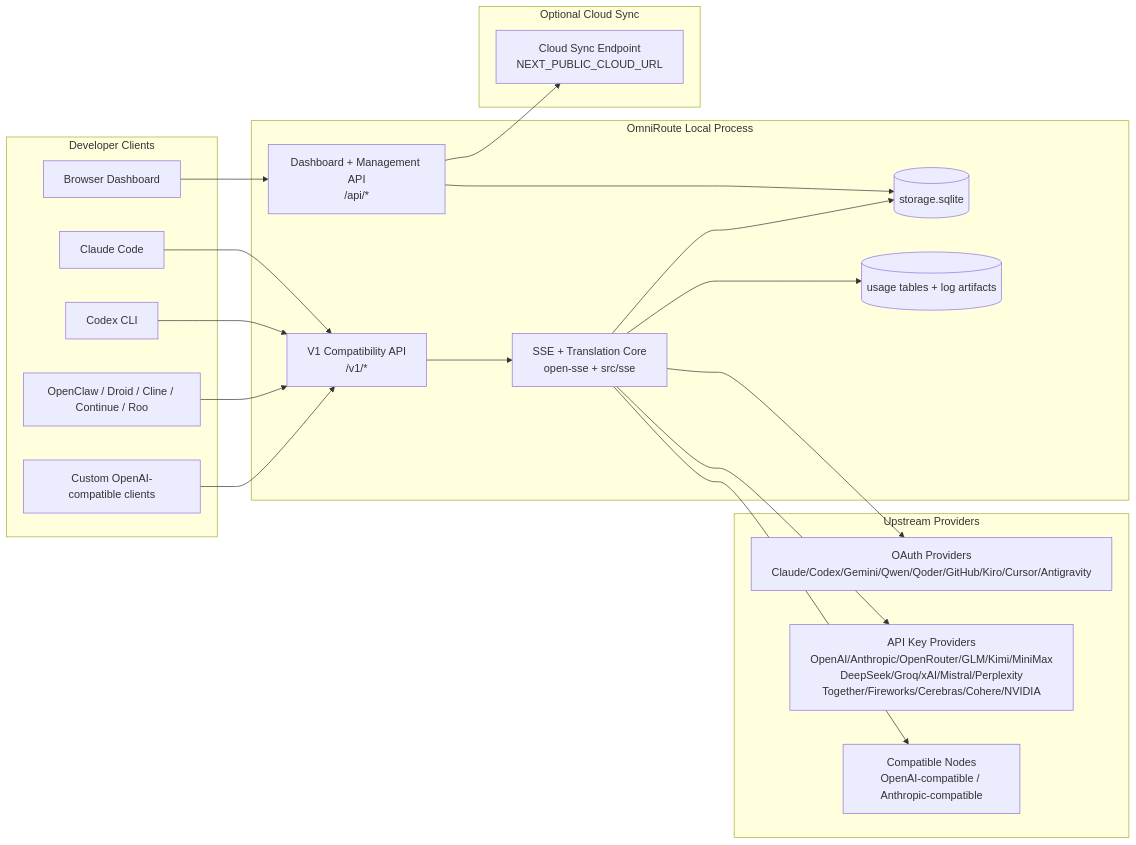
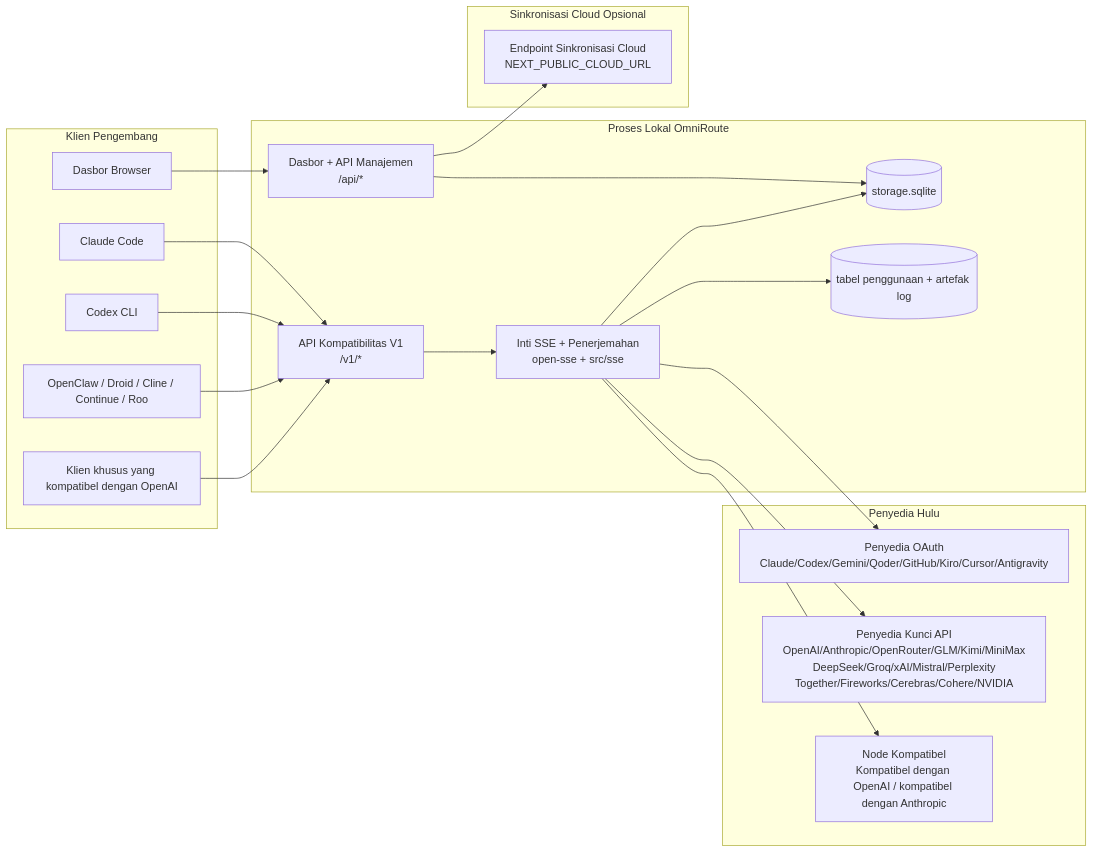
The first of 7 diagrams in docs/i18n/id/docs/architecture/ARCHITECTURE.md (Abhijeet1520/OmniRoute), drawn with Mermaid before and after one commit. The commit also changed other lines of this file and 1154 other files, not shown here.

````diff
--- a/docs/i18n/id/docs/architecture/ARCHITECTURE.md
+++ b/docs/i18n/id/docs/architecture/ARCHITECTURE.md
@@ -121,45 +157,45 @@
 ```mermaid
 flowchart LR
-    subgraph Clients[Developer Clients]
+    subgraph Clients[Klien Pengembang]
         C1[Claude Code]
         C2[Codex CLI]
         C3[OpenClaw / Droid / Cline / Continue / Roo]
-        C4[Custom OpenAI-compatible clients]
-        BROWSER[Browser Dashboard]
+        C4[Klien khusus yang kompatibel dengan OpenAI]
+        BROWSER[Dasbor Browser]
     end
 
-    subgraph Router[OmniRoute Local Process]
-        API[V1 Compatibility API\n/v1/*]
-        DASH[Dashboard + Management API\n/api/*]
-        CORE[SSE + Translation Core\nopen-sse + src/sse]
+    subgraph Router[Proses Lokal OmniRoute]
+        API[API Kompatibilitas V1\n/v1/*]
+        DASH[Dasbor + API Manajemen\n/api/*]
+        CORE[Inti SSE + Penerjemahan\nopen-sse + src/sse]
         DB[(storage.sqlite)]
-        UDB[(usage tables + log artifacts)]
+        UDB[(tabel penggunaan + artefak log)]
     end
 
-    subgraph Upstreams[Upstream Providers]
-        P1[OAuth Providers\nClaude/Codex/Gemini/Qwen/Qoder/GitHub/Kiro/Cursor/Antigravity]
-        P2[API Key Providers\nOpenAI/Anthropic/OpenRouter/GLM/Kimi/MiniMax\nDeepSeek/Groq/xAI/Mistral/Perplexity\nTogether/Fireworks/Cerebras/Cohere/NVIDIA]
-        P3[Compatible Nodes\nOpenAI-compatible / Anthropic-compatible]
+    subgraph Upstreams[Penyedia Hulu]
+        P1[Penyedia OAuth\nClaude/Codex/Gemini/Qoder/GitHub/Kiro/Cursor/Antigravity]
+        P2[Penyedia Kunci API\nOpenAI/Anthropic/OpenRouter/GLM/Kimi/MiniMax\nDeepSeek/Groq/xAI/Mistral/Perplexity\nTogether/Fireworks/Cerebras/Cohere/NVIDIA]
+        P3[Node Kompatibel\nKompatibel dengan OpenAI / kompatibel dengan Anthropic]
     end
 
-    subgraph Cloud[Optional Cloud Sync]
-        CLOUD[Cloud Sync Endpoint\nNEXT_PUBLIC_CLOUD_URL]
+    subgraph Cloud[Sinkronisasi Cloud Opsional]
+        CLOUD[Endpoint Sinkronisasi Cloud\nNEXT_PUBLIC_CLOUD_URL]
     end
 
     C1 --> API
     C2 --> API
     C3 --> API
     C4 --> API
     BROWSER --> DASH
 
     API --> CORE
     DASH --> DB
     CORE --> DB
     CORE --> UDB
 
     CORE --> P1
     CORE --> P2
     CORE --> P3
 
     DASH --> CLOUD
 ```
````
